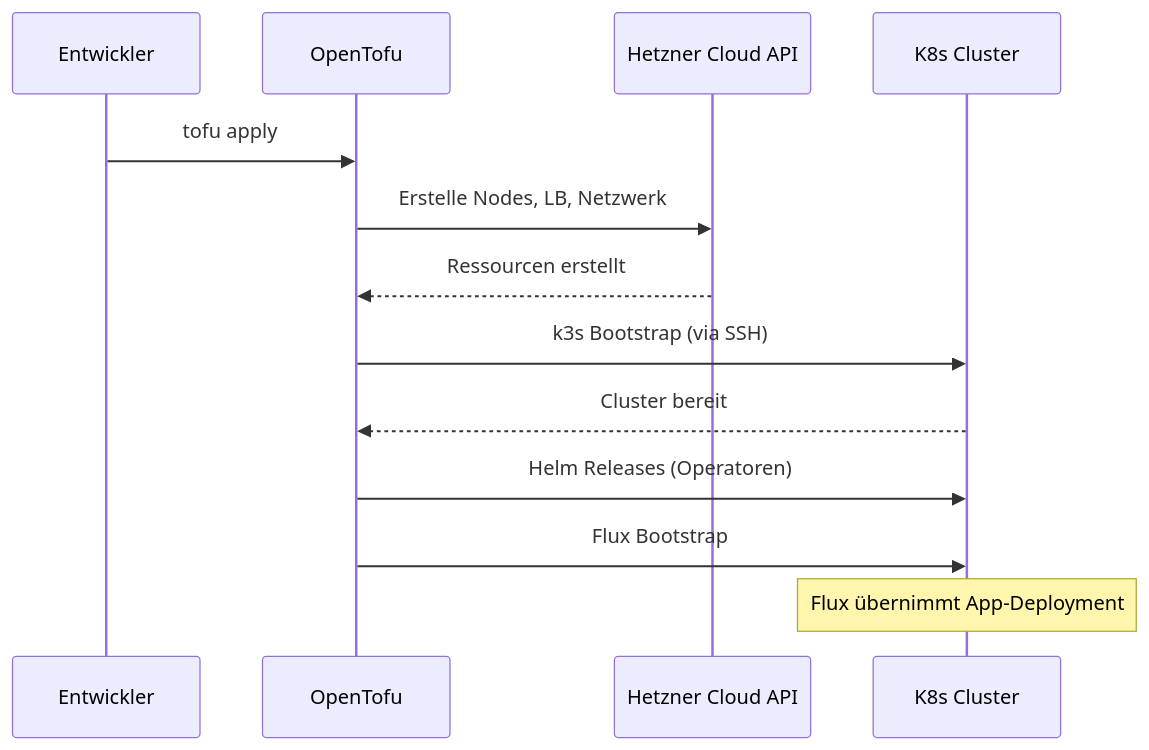
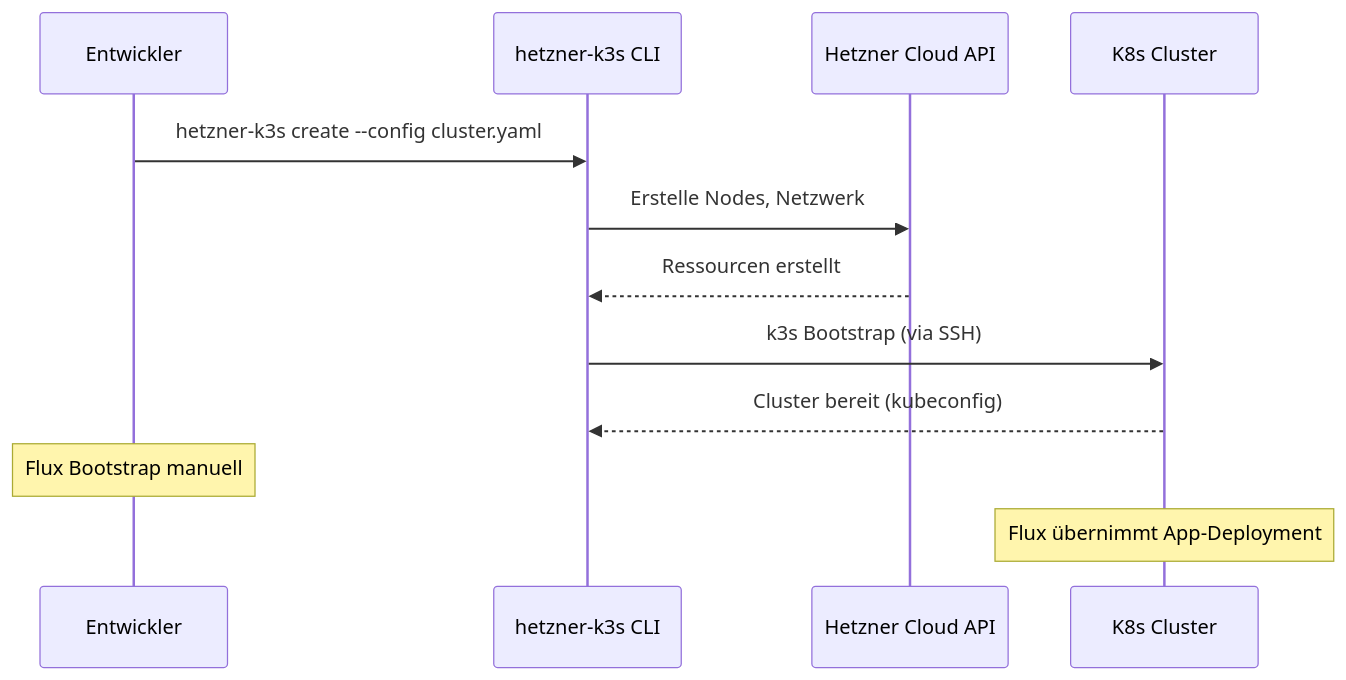
The diagram in docs/infra/modules/ROOT/pages/cluster-setup/provisioning.adoc (tomirgang/tomsblog), drawn with Mermaid before and after one commit. The commit also changed other lines of this file and 13 other files, not shown here.

```diff
--- a/docs/infra/modules/ROOT/pages/cluster-setup/provisioning.adoc
+++ b/docs/infra/modules/ROOT/pages/cluster-setup/provisioning.adoc
@@ -17,17 +15,16 @@
 [mermaid]
 ----
 sequenceDiagram
     participant Dev as Entwickler
-    participant TF as OpenTofu
+    participant CLI as hetzner-k3s CLI
     participant HC as Hetzner Cloud API
     participant K8s as K8s Cluster
 
-    Dev->>TF: tofu apply
-    TF->>HC: Erstelle Nodes, LB, Netzwerk
-    HC-->>TF: Ressourcen erstellt
-    TF->>K8s: k3s Bootstrap (via SSH)
-    K8s-->>TF: Cluster bereit
-    TF->>K8s: Helm Releases (Operatoren)
-    TF->>K8s: Flux Bootstrap
+    Dev->>CLI: hetzner-k3s create --config cluster.yaml
+    CLI->>HC: Erstelle Nodes, Netzwerk
+    HC-->>CLI: Ressourcen erstellt
+    CLI->>K8s: k3s Bootstrap (via SSH)
+    K8s-->>CLI: Cluster bereit (kubeconfig)
+    Note over Dev: Flux Bootstrap manuell
     Note over K8s: Flux übernimmt App-Deployment
 ----
```
